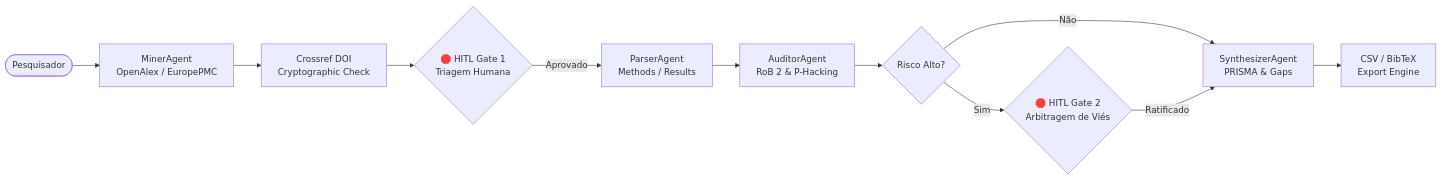
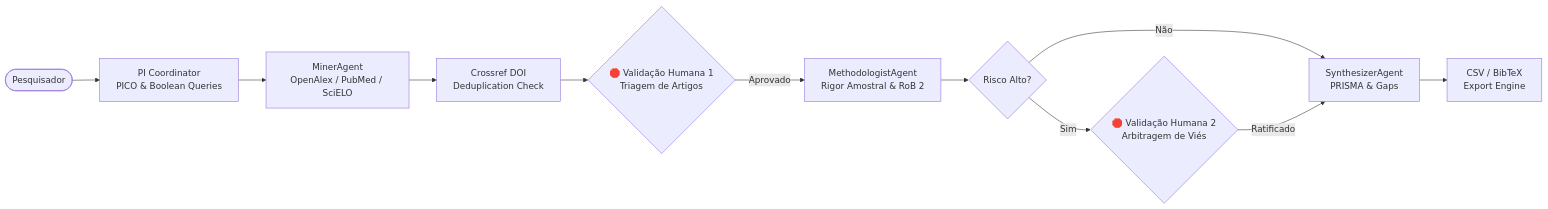
Before and after one commit to samucabsb/ai-workplace: the diagram in README.md, drawn with Mermaid. The commit also changed other lines of this file and 1 other file, not shown here.

````diff
--- a/README.md
+++ b/README.md
@@ -44,13 +44,13 @@
 ```mermaid
 graph LR
-    User([Pesquisador]) --> Miner[MinerAgent<br/>OpenAlex / EuropePMC]
-    Miner --> Crossref[Crossref DOI<br/>Cryptographic Check]
-    Crossref --> HITL1{🛑 HITL Gate 1<br/>Triagem Humana}
-    HITL1 -->|Aprovado| Parser[ParserAgent<br/>Methods / Results]
-    Parser --> Auditor[AuditorAgent<br/>RoB 2 & P-Hacking]
-    Auditor --> BiasDecision{Risco Alto?}
-    BiasDecision -->|Sim| HITL2{🛑 HITL Gate 2<br/>Arbitragem de Viés}
+    User([Pesquisador]) --> PI[PI Coordinator<br/>PICO & Boolean Queries]
+    PI --> Miner[MinerAgent<br/>OpenAlex / PubMed / SciELO]
+    Miner --> Crossref[Crossref DOI<br/>Deduplication Check]
+    Crossref --> HITL1{🛑 Validação Humana 1<br/>Triagem de Artigos}
+    HITL1 -->|Aprovado| Methodologist[MethodologistAgent<br/>Rigor Amostral & RoB 2]
+    Methodologist --> BiasDecision{Risco Alto?}
+    BiasDecision -->|Sim| HITL2{🛑 Validação Humana 2<br/>Arbitragem de Viés}
     BiasDecision -->|Não| Synthesizer[SynthesizerAgent<br/>PRISMA & Gaps]
     HITL2 -->|Ratificado| Synthesizer
     Synthesizer --> Export[CSV / BibTeX<br/>Export Engine]
 ```
````
